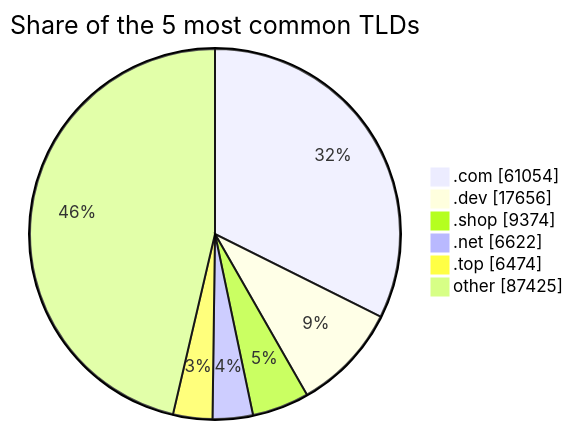
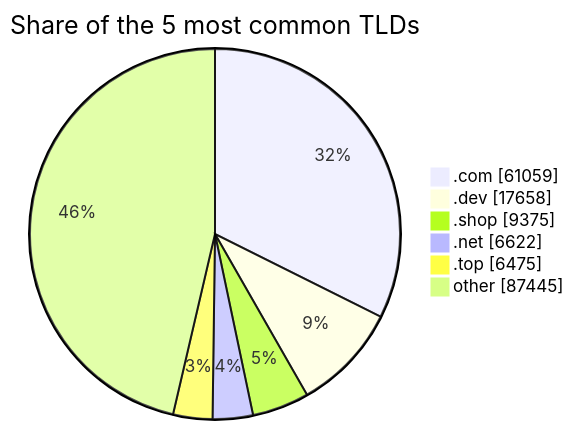
Before and after one commit to DNSBunker/CTI: the third of 3 diagrams in README.md, drawn with Mermaid. The commit also changed other lines of this file and 3 other files, not shown here.

````diff
--- a/README.md
+++ b/README.md
@@ -81,9 +81,9 @@
 ```mermaid
 pie showData title Share of the 5 most common TLDs
-    ".com" : 61054
-    ".dev" : 17656
-    ".shop" : 9374
+    ".com" : 61059
+    ".dev" : 17658
+    ".shop" : 9375
     ".net" : 6622
-    ".top" : 6474
-    "other" : 87425
+    ".top" : 6475
+    "other" : 87445
 ```
````
